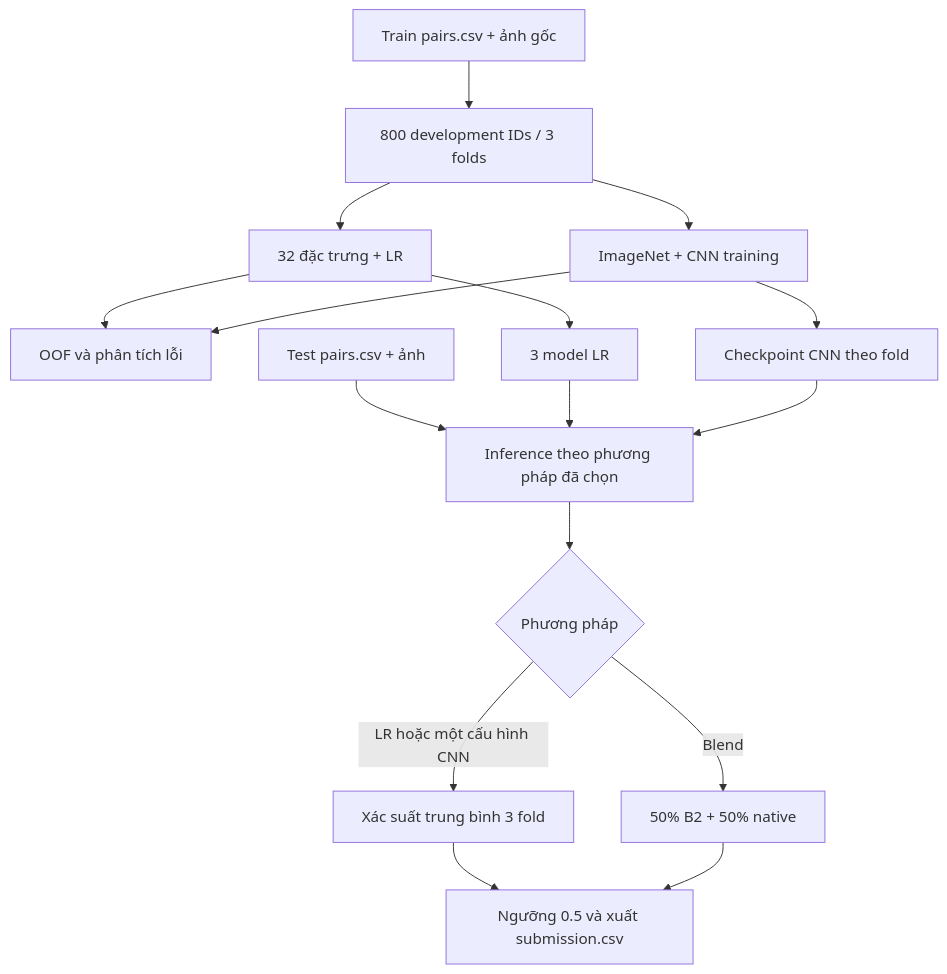
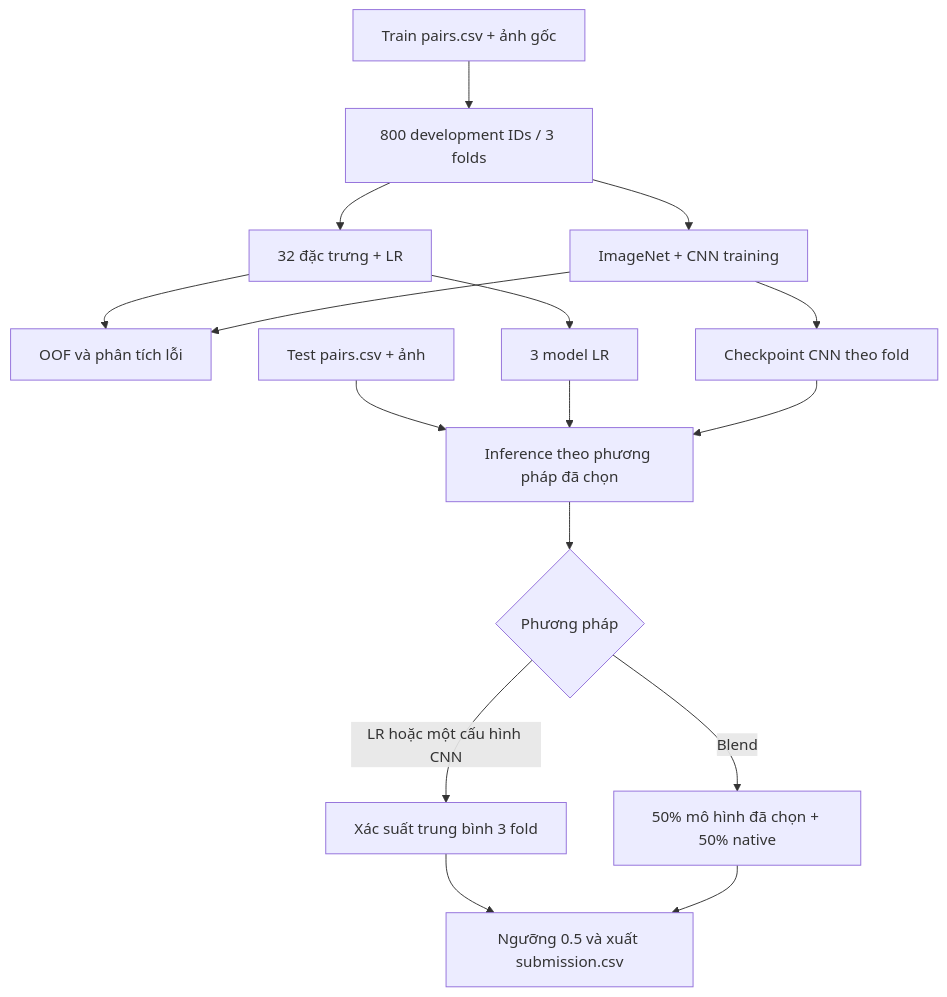
Before and after one commit to Purin1410/Olympic_AI_PTIT_2026_preliminary_round: the diagram in assets/README.md, drawn with Mermaid. The commit also changed 30 other files, not shown here.

````diff
--- a/assets/README.md
+++ b/assets/README.md
@@ -5,18 +5,18 @@
 ```mermaid
 flowchart TD
   A[Train pairs.csv + ảnh gốc] --> B[800 development IDs / 3 folds]
   B --> C[32 đặc trưng + LR]
   B --> D[ImageNet + CNN training]
   C --> E[OOF và phân tích lỗi]
   D --> E
   C --> F[3 model LR]
   D --> G[Checkpoint CNN theo fold]
   T[Test pairs.csv + ảnh] --> H[Inference theo phương pháp đã chọn]
   F --> H
   G --> H
   H --> I{Phương pháp}
   I -->|LR hoặc một cấu hình CNN| J[Xác suất trung bình 3 fold]
-  I -->|Blend| K[50% B2 + 50% native]
+  I -->|Blend| K[50% mô hình đã chọn + 50% native]
   J --> L[Ngưỡng 0.5 và xuất submission.csv]
   K --> L
 ```
````
